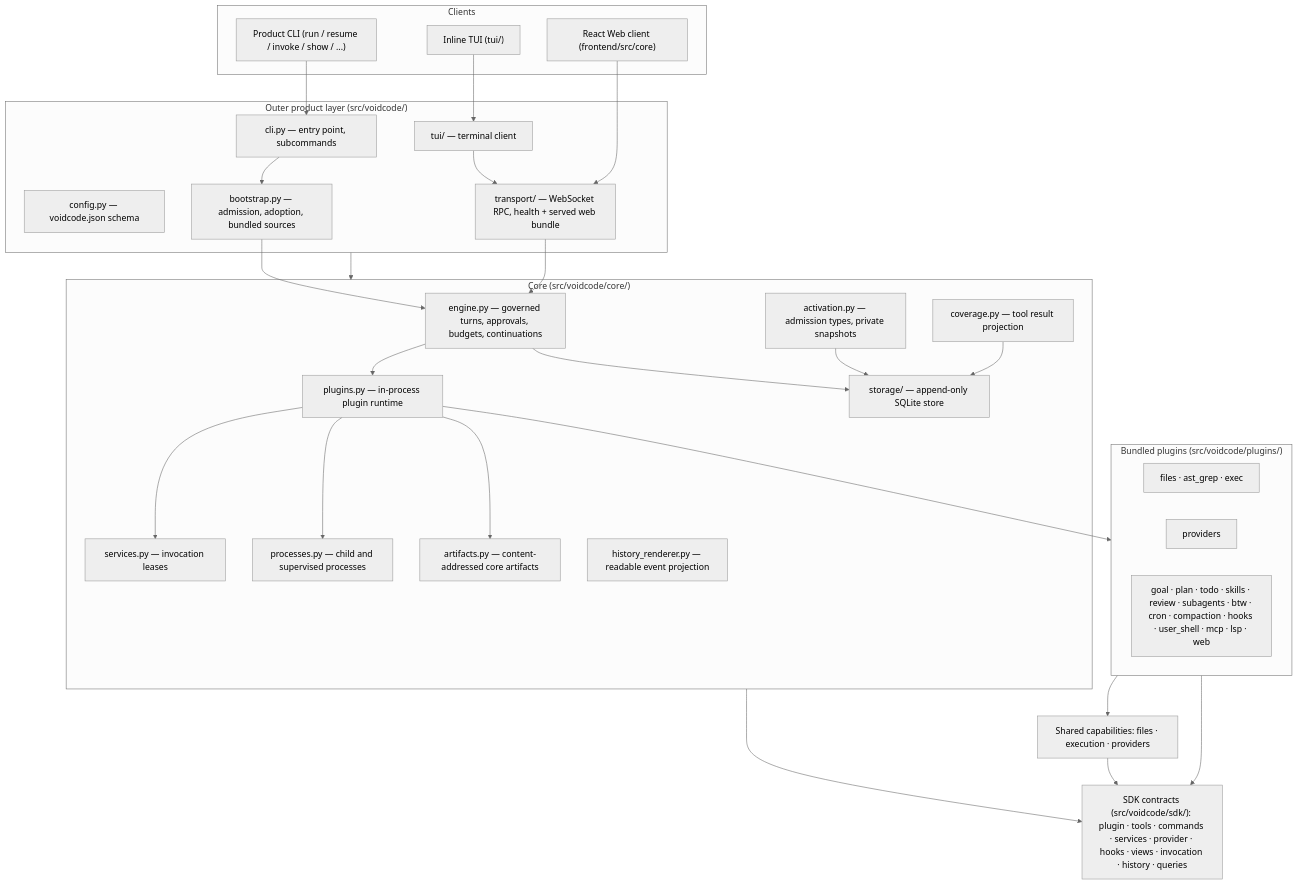
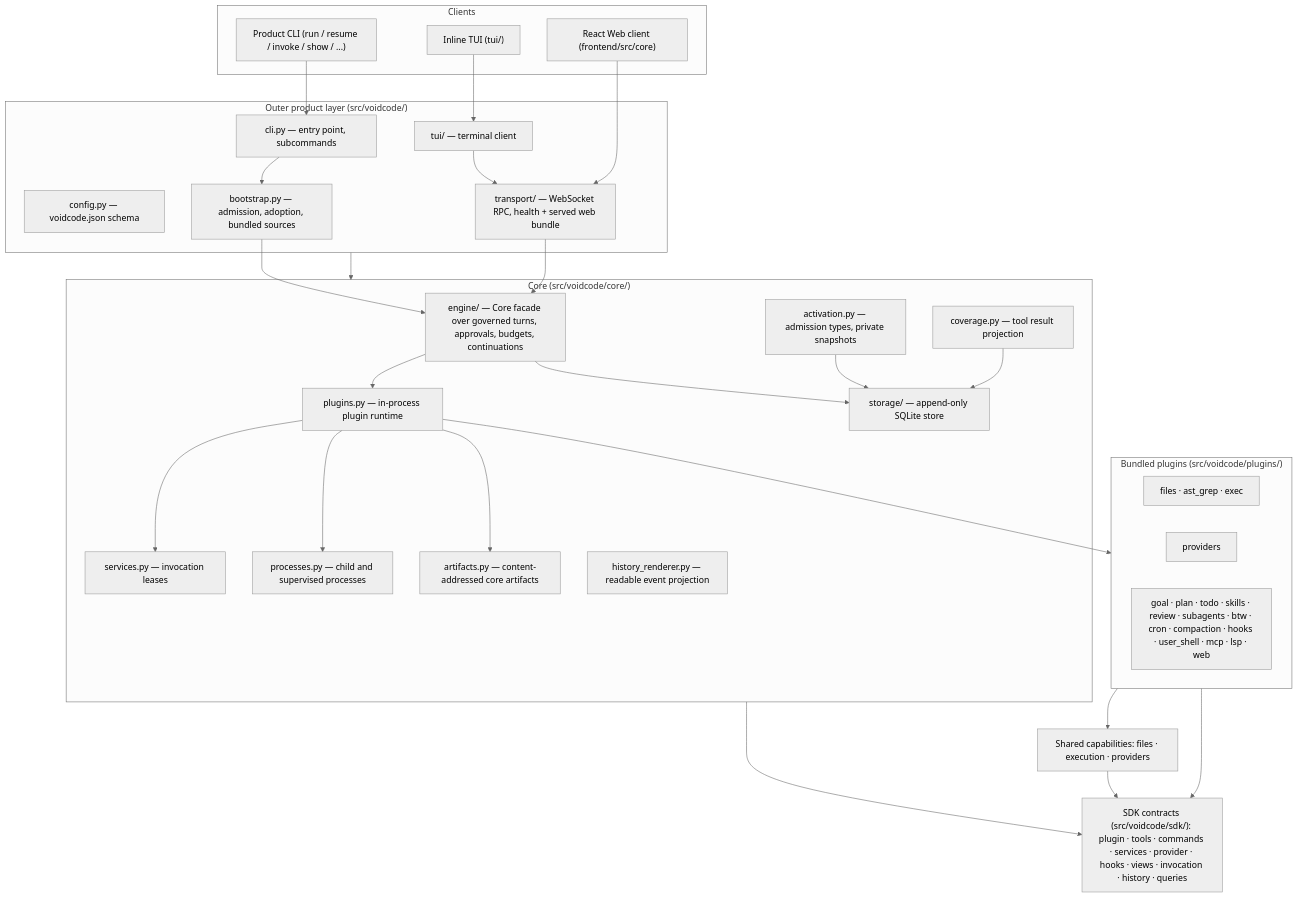
One commit to lei-jia-xing/voidcode changed the diagram in docs/architecture.md. Above: the diagram before and after it, drawn with Mermaid (neutral theme). The commit also changed other lines of this file and 16 other files, not shown here.

First line of the commit message:
refactor(core): split engine behind the Core facade

````diff
--- a/docs/architecture.md
+++ b/docs/architecture.md
@@ -24,57 +24,57 @@
 ```mermaid
 graph TD
     subgraph Clients["Clients"]
         CLI["Product CLI (run / resume / invoke / show / ...)"]
         TUI["Inline TUI (tui/)"]
         Web["React Web client (frontend/src/core)"]
     end
 
     subgraph Outer["Outer product layer (src/voidcode/)"]
         CLIImpl["cli.py — entry point, subcommands"]
         Config["config.py — voidcode.json schema"]
         Bootstrap["bootstrap.py — admission, adoption, bundled sources"]
         Transport["transport/ — WebSocket RPC, health + served web bundle"]
         TUIImpl["tui/ — terminal client"]
     end
 
     subgraph Core["Core (src/voidcode/core/)"]
-        Engine["engine.py — governed turns, approvals, budgets, continuations"]
+        Engine["engine/ — Core facade over governed turns, approvals, budgets, continuations"]
         Activation["activation.py — admission types, private snapshots"]
         Runtime["plugins.py — in-process plugin runtime"]
         Services["services.py — invocation leases"]
         Processes["processes.py — child and supervised processes"]
         Storage["storage/ — append-only SQLite store"]
         Artifacts["artifacts.py — content-addressed core artifacts"]
         Coverage["coverage.py — tool result projection"]
         Renderer["history_renderer.py — readable event projection"]
     end
 
     subgraph Plugins["Bundled plugins (src/voidcode/plugins/)"]
         Files["files · ast_grep · exec"]
         Model["providers"]
         Product["goal · plan · todo · skills · review · subagents · btw · cron · compaction · hooks · user_shell · mcp · lsp · web"]
     end
 
     SDK["SDK contracts (src/voidcode/sdk/): plugin · tools · commands · services · provider · hooks · views · invocation · history · queries"]
 
     CLI --> CLIImpl
     TUI --> TUIImpl
     Web --> Transport
     TUIImpl --> Transport
     CLIImpl --> Bootstrap
     Bootstrap --> Engine
     Transport --> Engine
     Engine --> Runtime
     Engine --> Storage
     Activation --> Storage
     Coverage --> Storage
     Runtime --> Services
     Runtime --> Processes
     Runtime --> Artifacts
     Runtime --> Plugins
     Plugins --> Capabilities["Shared capabilities: files · execution · providers"]
     Capabilities --> SDK
     Core --> SDK
     Plugins --> SDK
     Outer --> Core
 ```
````
